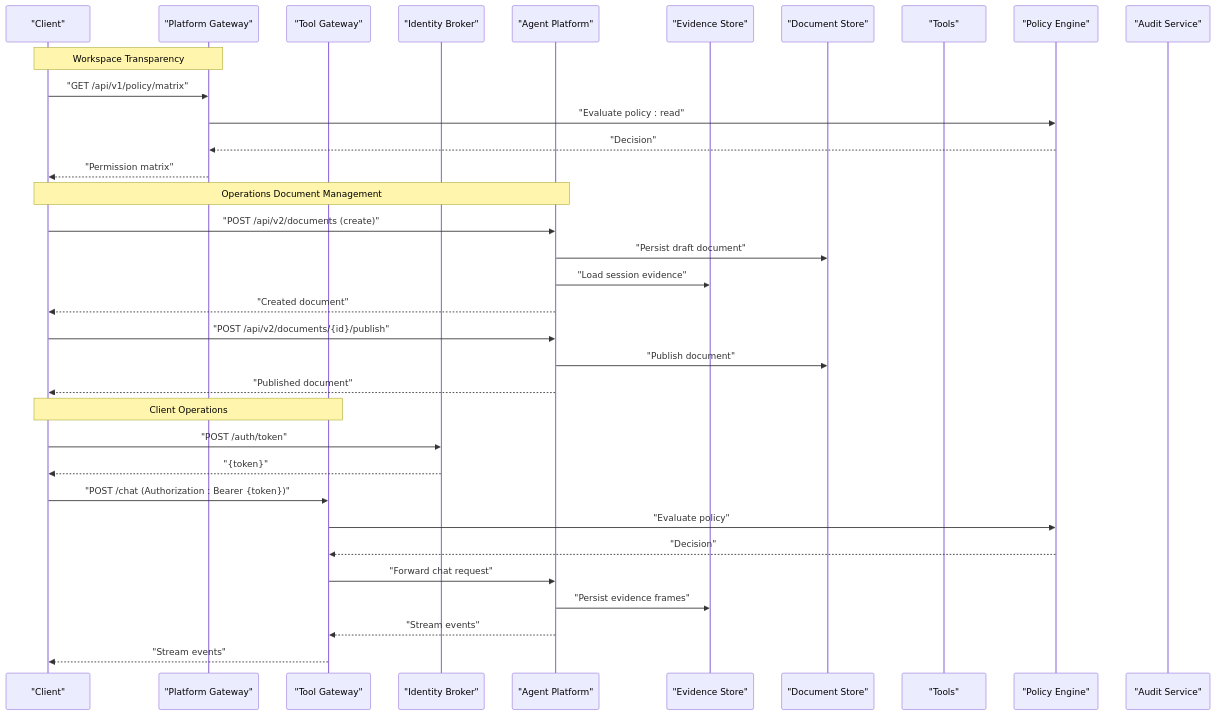
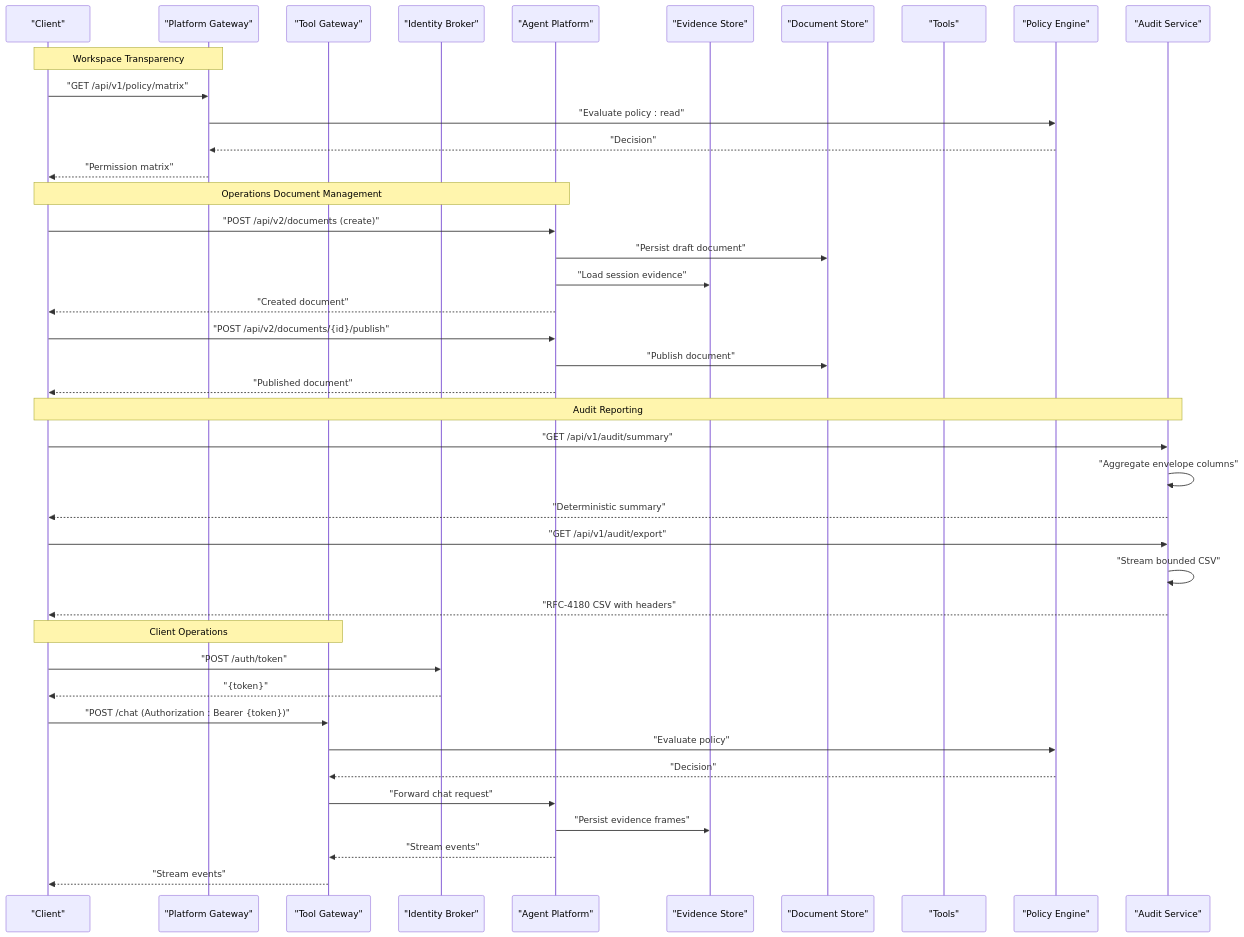
The second of 3 diagrams in .qoder/repowiki/en/content/API Reference/API Reference.md (metasync/luban-aiops), drawn with Mermaid before and after one commit. The commit also changed other lines of this file and 4 other files, not shown here.

````diff
--- a/.qoder/repowiki/en/content/API Reference/API Reference.md
+++ b/.qoder/repowiki/en/content/API Reference/API Reference.md
@@ -180,36 +190,43 @@
 ```mermaid
 sequenceDiagram
 participant C as "Client"
 participant PG as "Platform Gateway"
 participant TG as "Tool Gateway"
 participant I as "Identity Broker"
 participant A as "Agent Platform"
 participant ES as "Evidence Store"
 participant DS as "Document Store"
 participant T as "Tools"
 participant P as "Policy Engine"
 participant AS as "Audit Service"
 Note over C,PG : Workspace Transparency
 C->>PG : "GET /api/v1/policy/matrix"
 PG->>P : "Evaluate policy : read"
 P-->>PG : "Decision"
 PG-->>C : "Permission matrix"
 Note over C,A : Operations Document Management
 C->>A : "POST /api/v2/documents (create)"
 A->>DS : "Persist draft document"
 A->>ES : "Load session evidence"
 A-->>C : "Created document"
 C->>A : "POST /api/v2/documents/{id}/publish"
 A->>DS : "Publish document"
 A-->>C : "Published document"
+Note over C,AS : Audit Reporting
+C->>AS : "GET /api/v1/audit/summary"
+AS->>AS : "Aggregate envelope columns"
+AS-->>C : "Deterministic summary"
+C->>AS : "GET /api/v1/audit/export"
+AS->>AS : "Stream bounded CSV"
+AS-->>C : "RFC-4180 CSV with headers"
 Note over C,TG : Client Operations
 C->>I : "POST /auth/token"
 I-->>C : "{token}"
 C->>TG : "POST /chat (Authorization : Bearer {token})"
 TG->>P : "Evaluate policy"
 P-->>TG : "Decision"
 TG->>A : "Forward chat request"
 A->>ES : "Persist evidence frames"
 A-->>TG : "Stream events"
 TG-->>C : "Stream events"
 ```
````
